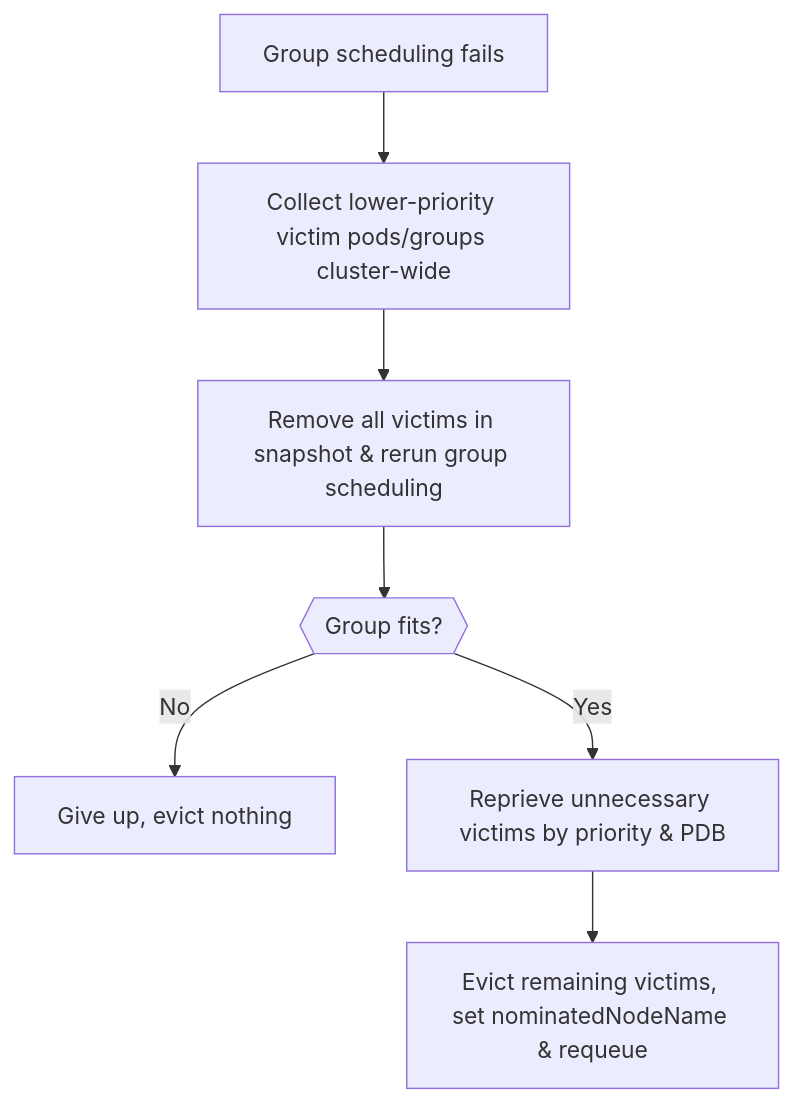
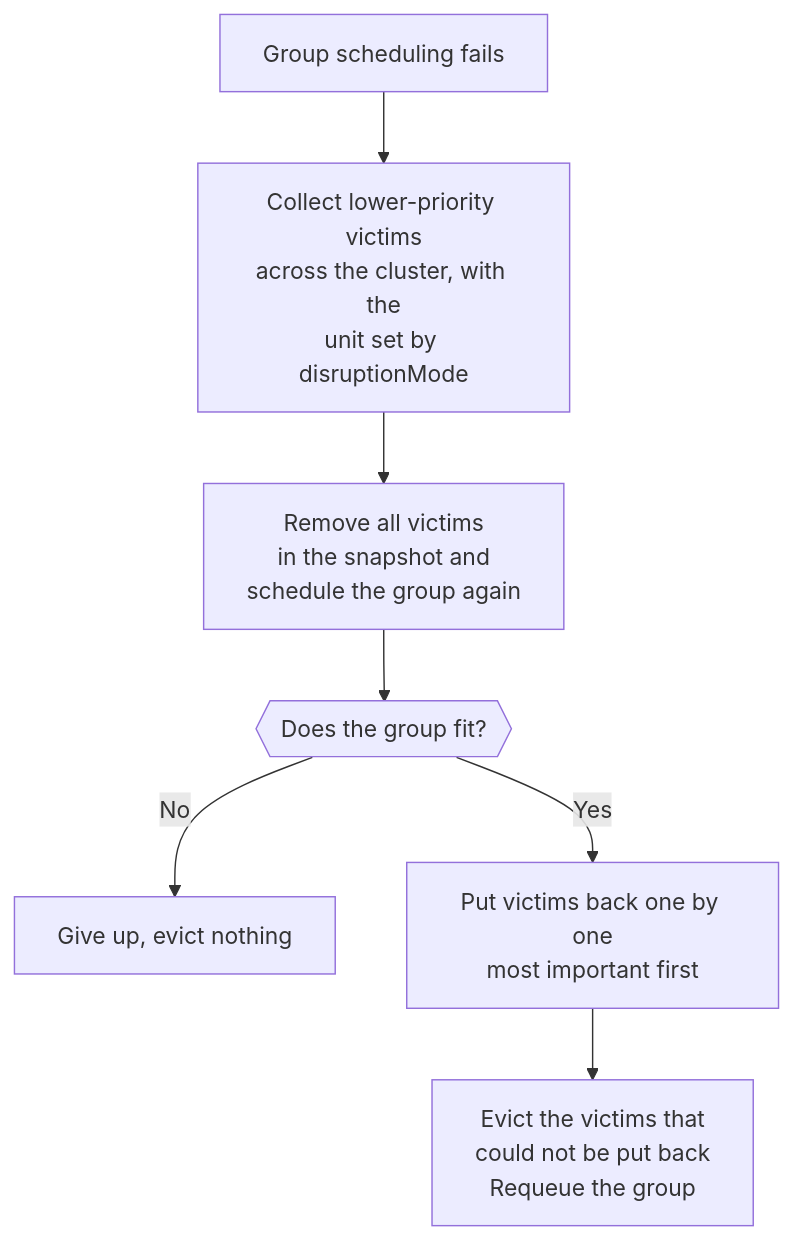
One commit to JesseStutler/volcano changed the tenth of 13 diagrams in docs/research/k8s-workload-aware-scheduling-vs-volcano.md. Above: the diagram before and after it, drawn with Mermaid. The commit also changed other lines of this file and 1 other file, not shown here.

````diff
--- a/docs/research/k8s-workload-aware-scheduling-vs-volcano.md
+++ b/docs/research/k8s-workload-aware-scheduling-vs-volcano.md
@@ -316,9 +464,9 @@
 ```mermaid
 flowchart TD
-    A["Group scheduling fails"] --> B["Collect lower-priority victim pods/groups cluster-wide"]
-    B --> C["Remove all victims in snapshot & rerun group scheduling"]
-    C --> D{{"Group fits?"}}
+    A["Group scheduling fails"] --> B["Collect lower-priority victims<br/>across the cluster, with the<br/>unit set by disruptionMode"]
+    B --> C["Remove all victims<br/>in the snapshot and<br/>schedule the group again"]
+    C --> D{{"Does the group fit?"}}
     D -- No --> E["Give up, evict nothing"]
-    D -- Yes --> F["Reprieve unnecessary victims by priority & PDB"]
-    F --> G["Evict remaining victims, set nominatedNodeName & requeue"]
+    D -- Yes --> F["Put victims back one by one<br/>most important first"]
+    F --> G["Evict the victims that<br/>could not be put back<br/>Requeue the group"]
 ```
````
